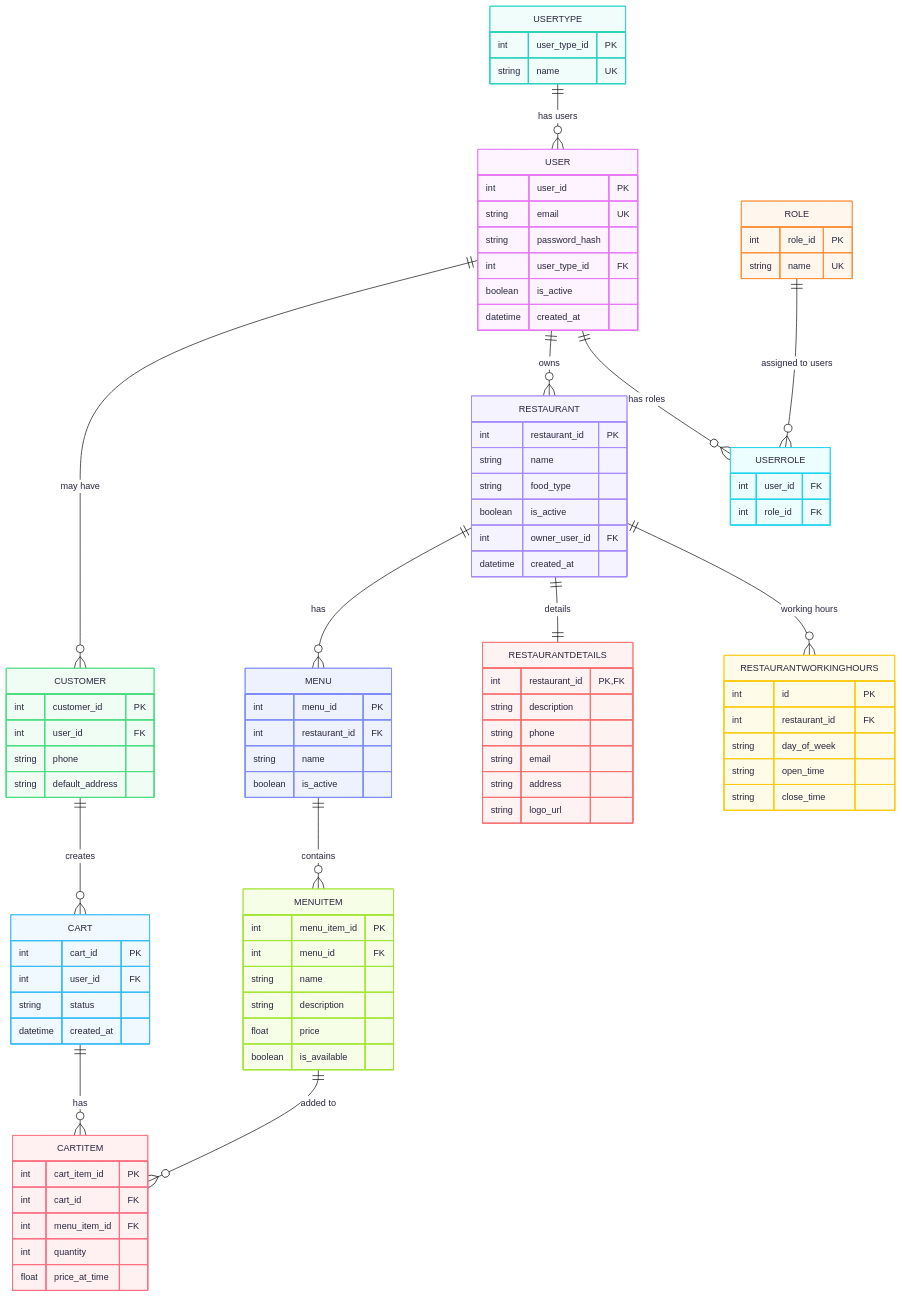
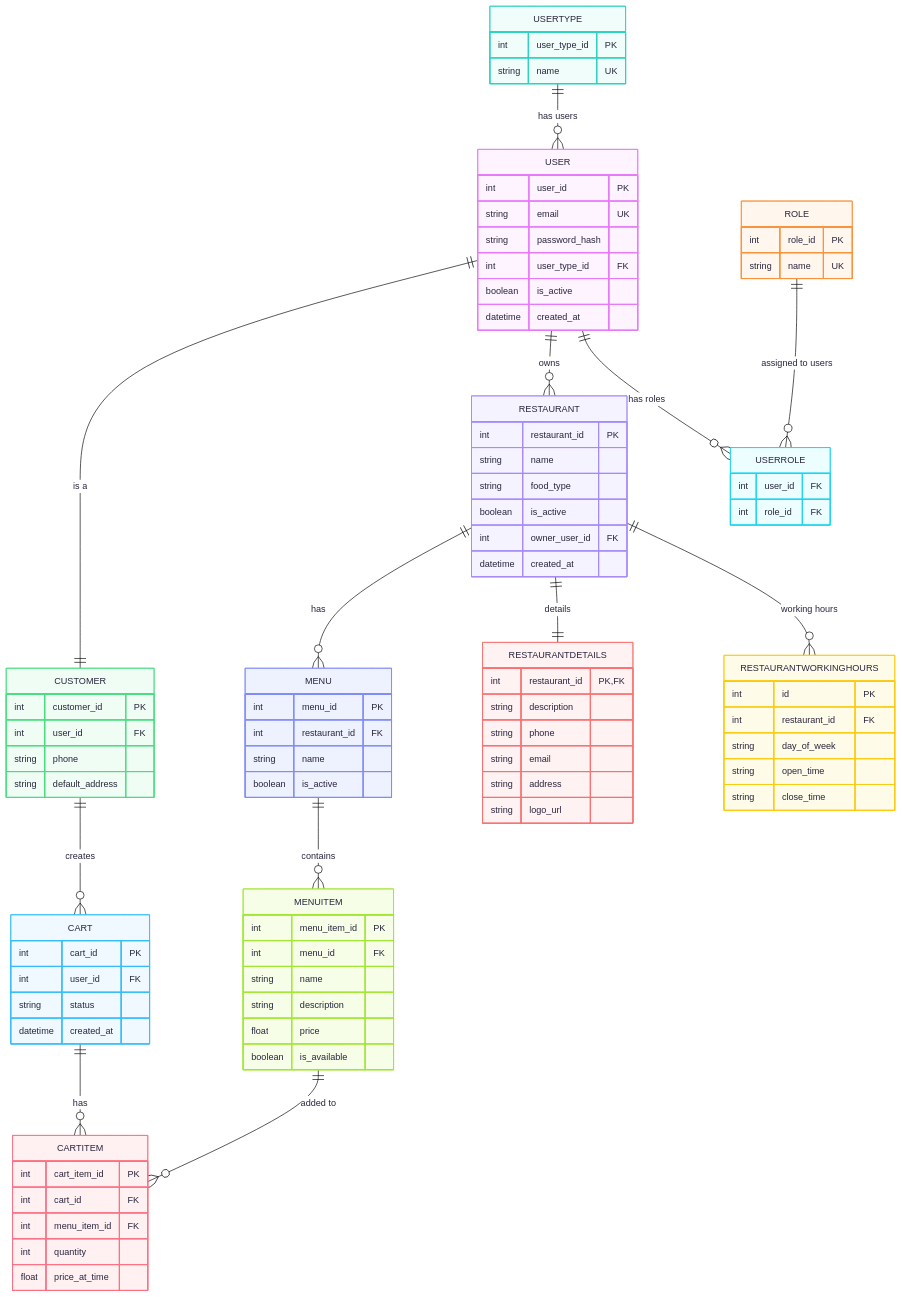
The third of 3 diagrams in README.md (Moaz-ashraf1/Food-Delivery-System), drawn with Mermaid before and after one commit.

Commit message:
Change relationship from 'may have' to 'is a' for USER and CUSTOMER

```diff
--- a/README.md
+++ b/README.md
@@ -864,7 +864,7 @@
         float price_at_time
     }
 USERTYPE ||--o{ USER : "has users"
-    USER ||--o{ CUSTOMER : "may have"
+    USER ||--|| CUSTOMER : "is a"
      USER ||--o{ RESTAURANT : "owns"
 CUSTOMER ||--o{ CART : "creates"
 USER ||--o{ USERROLE : "has roles"
```
